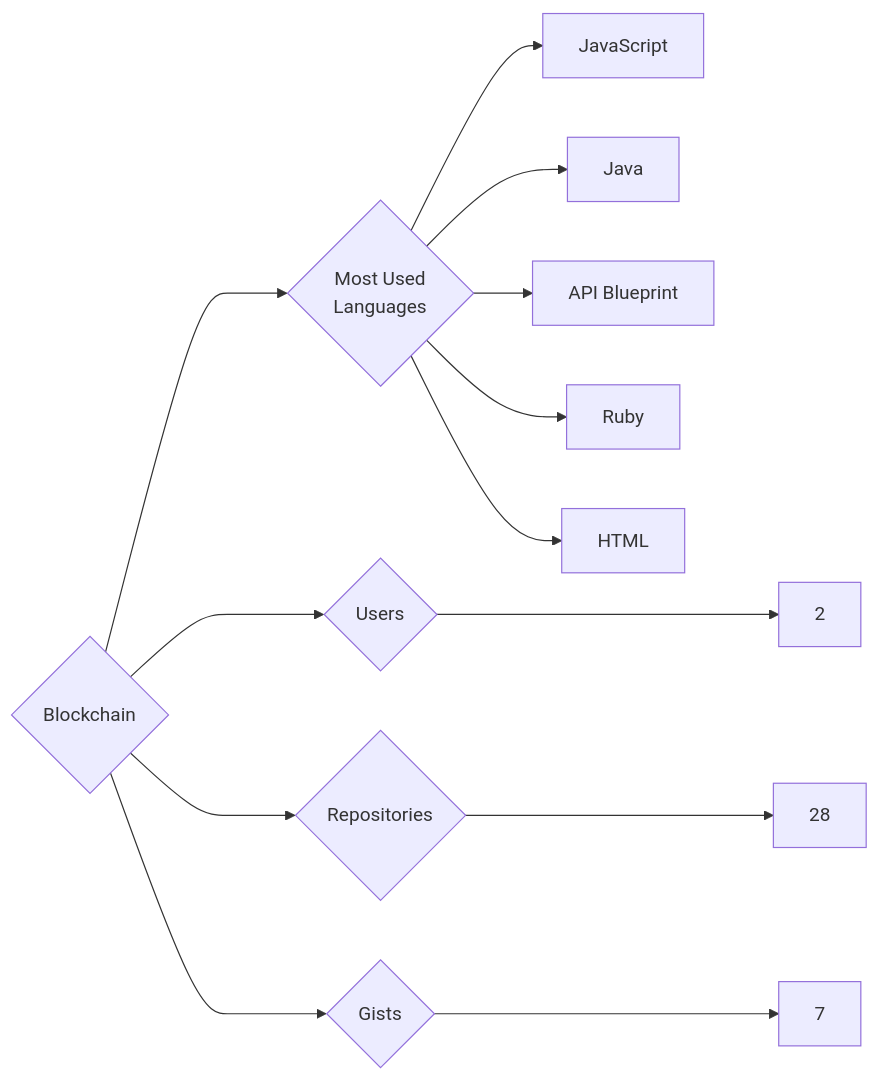
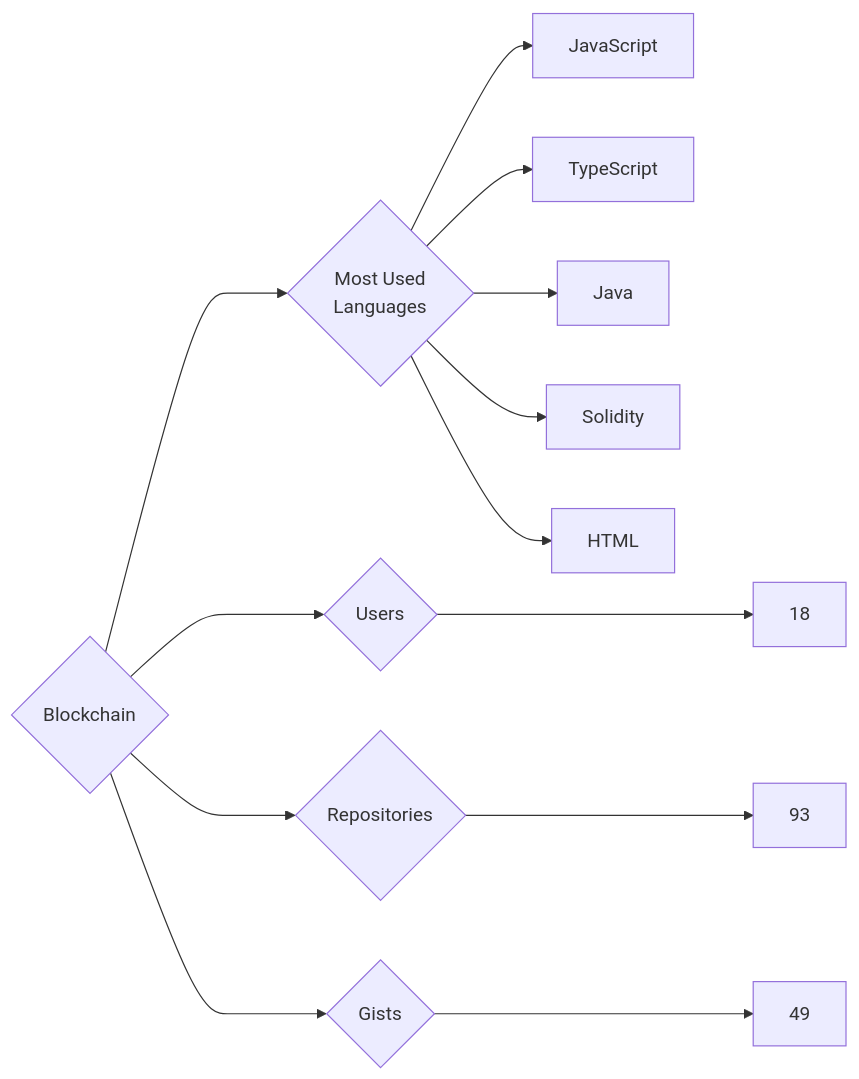
One commit to trickest/insiders changed the diagram in targets/Blockchain/README.md. Above: the diagram before and after it, drawn with Mermaid. The commit also changed 873 other files, not shown here.

````diff
--- a/targets/Blockchain/README.md
+++ b/targets/Blockchain/README.md
@@ -3,13 +3,13 @@
 ```mermaid
 graph LR
 COMPANY_NAME{Blockchain}
-COMPANY_NAME ---> U{Users} ---> UN[2]
-COMPANY_NAME ---> R{Repositories} ---> RN[28]
-COMPANY_NAME ---> G{Gists} ---> GN[7]
+COMPANY_NAME ---> U{Users} ---> UN[18]
+COMPANY_NAME ---> R{Repositories} ---> RN[93]
+COMPANY_NAME ---> G{Gists} ---> GN[49]
 COMPANY_NAME ---> ML{Most Used<br>Languages}
 ML --> JavaScript[JavaScript]
+ML --> TypeScript[TypeScript]
 ML --> Java[Java]
-ML --> API_Blueprint[API Blueprint]
-ML --> Ruby[Ruby]
+ML --> Solidity[Solidity]
 ML --> HTML[HTML]
 ```
````
